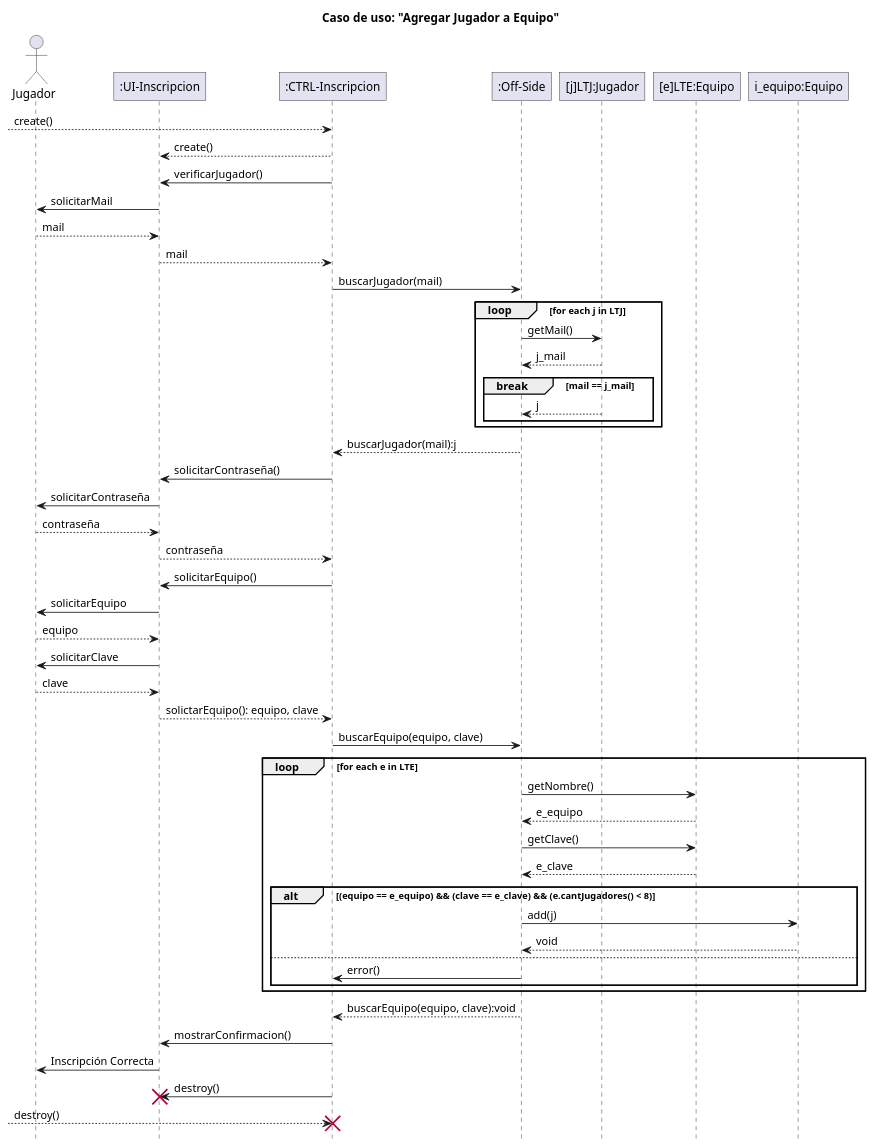
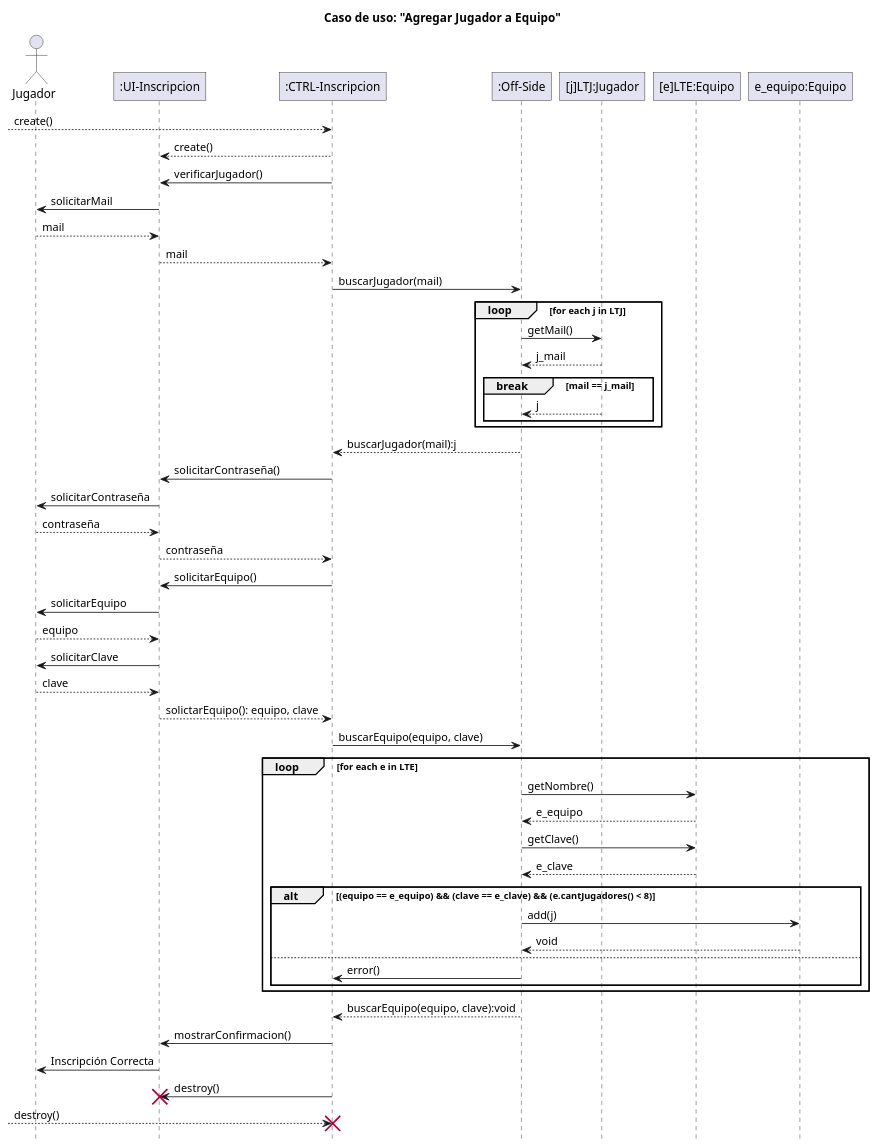
One commit to Z0SO/UML-Practice changed the second of 3 diagrams in Modelos parciales/modelo 2.md. Above: the diagram before and after it, drawn with PlantUML.

Commit message:
Z0SO bkp -> 2024-07-03 21:33:58

```diff
--- a/Modelos parciales/modelo 2.md
+++ b/Modelos parciales/modelo 2.md
@@ -150,7 +150,7 @@
 
 participant "[e]LTE:Equipo" as e
 
-participant "i_equipo:Equipo" as equipo
+participant "e_equipo:Equipo" as equipo
 
 ' participant ":CTRL-autenticacion" as auth
 
```
